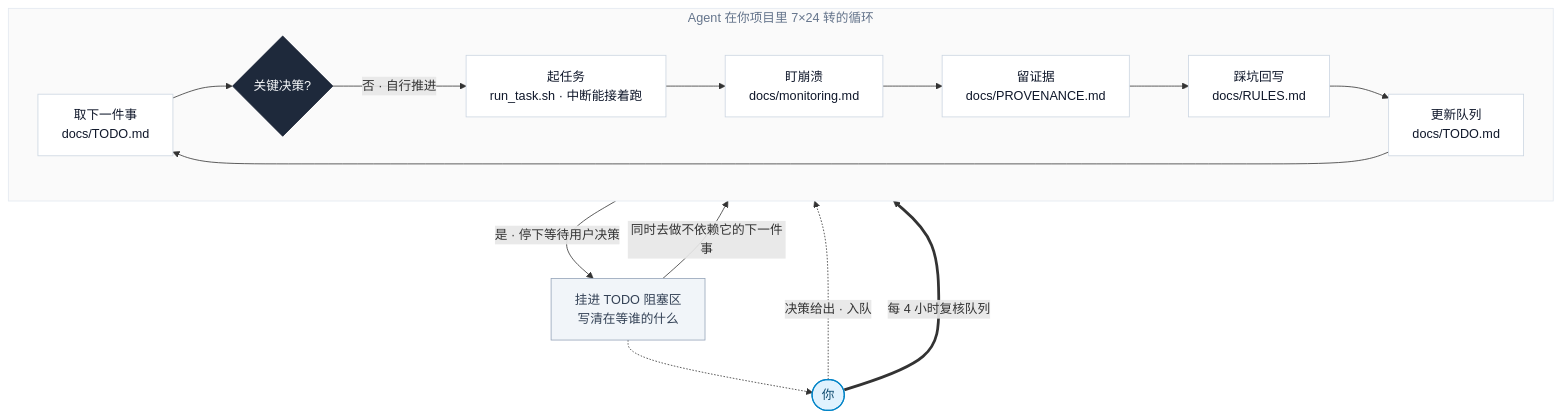
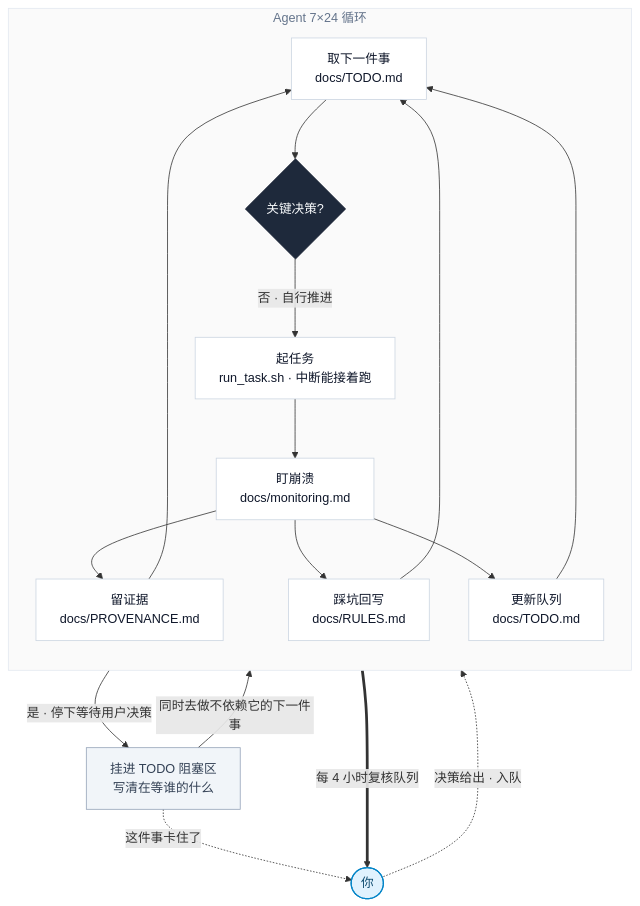
One commit to hashiruu/agent-experiment changed the diagram in README.md. Above: the diagram before and after it, drawn with Mermaid. The commit also changed other lines of this file and 1 other file, not shown here.

Commit message:
Fix review arrow direction, compact the diagram, tighten the warning

````diff
--- a/README.md
+++ b/README.md
@@ -28,33 +23,38 @@
 ```mermaid
 flowchart TB
-    subgraph LOOP["Agent 在你项目里 7×24 转的循环"]
-        direction LR
+    subgraph LOOP["Agent 7×24 循环"]
+        direction TB
         T1["取下一件事<br/>docs/TODO.md"]
         D{"关键决策?"}
         T2["起任务<br/>run_task.sh · 中断能接着跑"]
         T3["盯崩溃<br/>docs/monitoring.md"]
-        T4["留证据<br/>docs/PROVENANCE.md"]
-        T5["踩坑回写<br/>docs/RULES.md"]
-        T6["更新队列<br/>docs/TODO.md"]
+        PV["留证据<br/>docs/PROVENANCE.md"]
+        RL["踩坑回写<br/>docs/RULES.md"]
+        TD["更新队列<br/>docs/TODO.md"]
         T1 --> D
         D -->|"否 · 自行推进"| T2
-        T2 --> T3 --> T4 --> T5 --> T6
-        T6 --> T1
+        T2 --> T3
+        T3 --> PV
+        T3 --> RL
+        T3 --> TD
+        PV --> T1
+        RL --> T1
+        TD --> T1
     end
 
     D -->|"是 · 停下等待用户决策"| W["挂进 TODO 阻塞区<br/>写清在等谁的什么"]
     W -->|"同时去做不依赖它的下一件事"| T1
-    W -.-> HU
+    W -.->|"这件事卡住了"| HU
     HU(["你"]) -.->|"决策给出 · 入队"| T1
-    HU ==>|"每 4 小时复核队列"| T6
+    TD ==>|"每 4 小时复核队列"| HU
 
     classDef step fill:#FFFFFF,stroke:#CBD5E1,stroke-width:1px,color:#0F172A
     classDef gate fill:#1E293B,stroke:#0F172A,stroke-width:1px,color:#F8FAFC
     classDef side fill:#F1F5F9,stroke:#94A3B8,stroke-width:1px,color:#334155
     classDef human fill:#E0F2FE,stroke:#0284C7,stroke-width:1.5px,color:#0C4A6E
-    class T1,T2,T3,T4,T5,T6 step
+    class T1,T2,T3,PV,RL,TD step
     class D gate
     class W side
     class HU human
     style LOOP fill:#FAFAFA,stroke:#E2E8F0,color:#64748B
 ```
````
